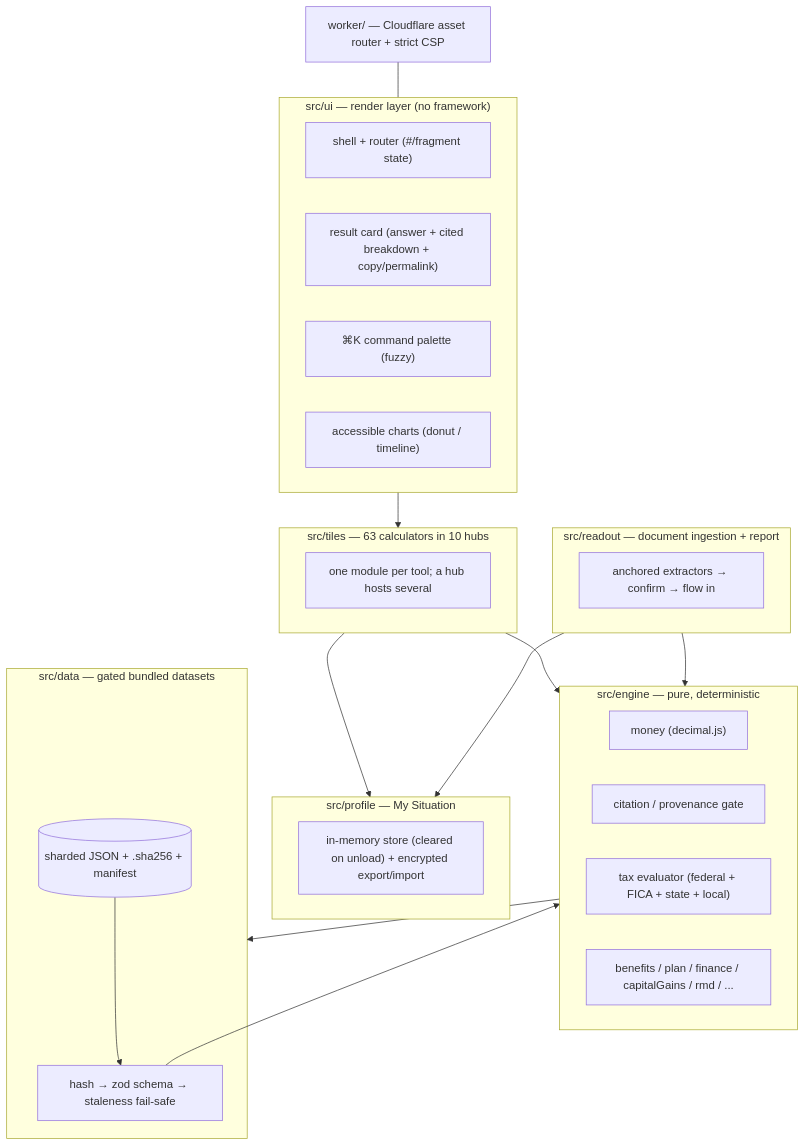
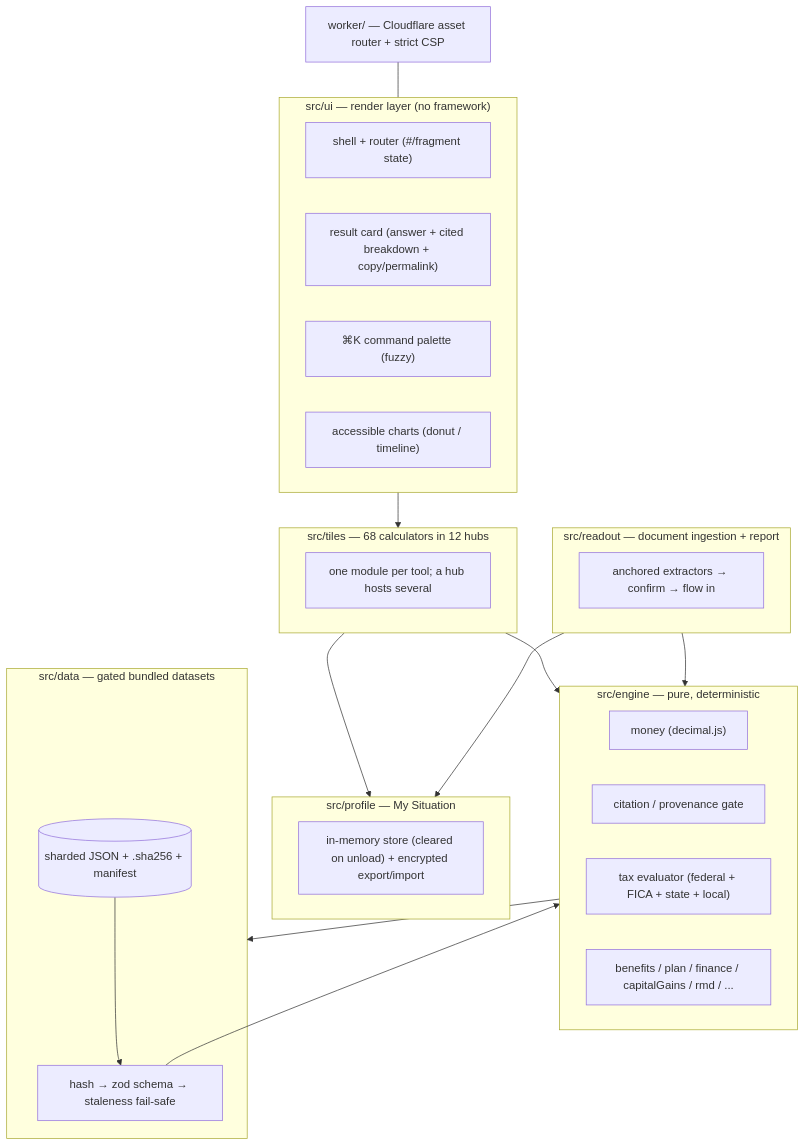
Before and after one commit to clay-good/enklayve: the second of 7 diagrams in README.md, drawn with Mermaid. The commit also changed other lines of this file and 1 other file, not shown here.

````diff
--- a/README.md
+++ b/README.md
@@ -269,36 +269,36 @@
 ```mermaid
 flowchart TD
     subgraph UI["src/ui — render layer (no framework)"]
         SH["shell + router (#/fragment state)"]
         RC["result card (answer + cited breakdown + copy/permalink)"]
         CP["⌘K command palette (fuzzy)"]
         CH["accessible charts (donut / timeline)"]
     end
-    subgraph TILES["src/tiles — 63 calculators in 10 hubs"]
+    subgraph TILES["src/tiles — 68 calculators in 12 hubs"]
         T1["one module per tool; a hub hosts several"]
     end
     subgraph PROFILE["src/profile — My Situation"]
         PS["in-memory store (cleared on unload) + encrypted export/import"]
     end
     subgraph READOUT["src/readout — document ingestion + report"]
         RX["anchored extractors → confirm → flow in"]
     end
     subgraph ENGINE["src/engine — pure, deterministic"]
         MN["money (decimal.js)"]
         CI["citation / provenance gate"]
         TAX["tax evaluator (federal + FICA + state + local)"]
         BEN["benefits / plan / finance / capitalGains / rmd / ..."]
     end
     subgraph DATA["src/data — gated bundled datasets"]
         LO["hash → zod schema → staleness fail-safe"]
         DS[("sharded JSON + .sha256 + manifest")]
     end
     TILES --> ENGINE
     READOUT --> ENGINE
     TILES --> PROFILE
     READOUT --> PROFILE
     UI --> TILES
     ENGINE --> DATA
     DS --> LO --> ENGINE
     WORKER["worker/ — Cloudflare asset router + strict CSP"] --- UI
 ```
````
